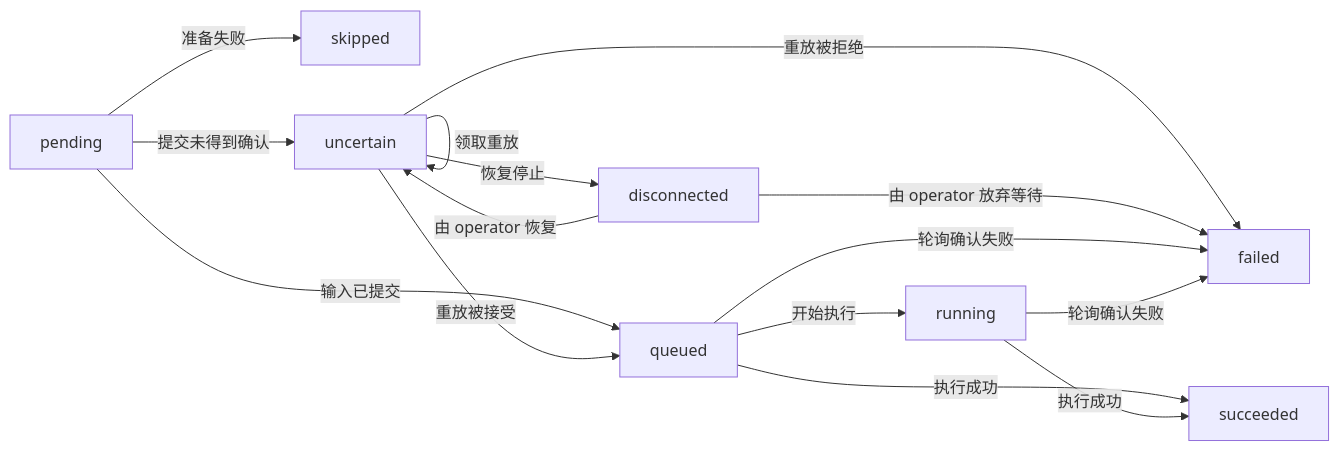
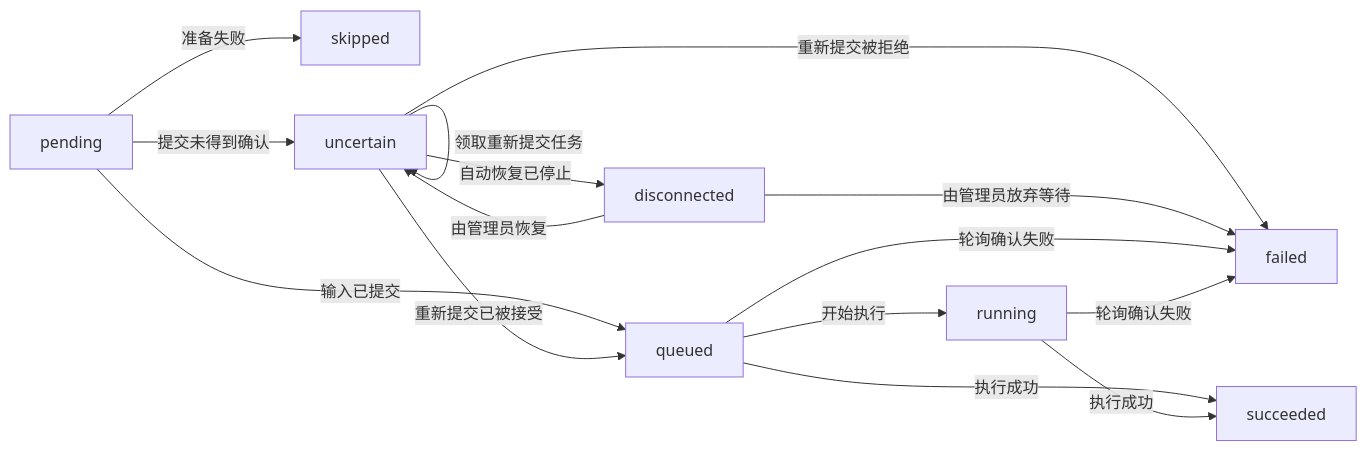
The second of 4 diagrams in contracts/review-runs-api/v1/STATE_MACHINES.zh.md (Agent-AI-Chalmers/sec-review-bot), drawn with Mermaid before and after one commit. The commit also changed other lines of this file and 16 other files, not shown here.

````diff
--- a/contracts/review-runs-api/v1/STATE_MACHINES.zh.md
+++ b/contracts/review-runs-api/v1/STATE_MACHINES.zh.md
@@ -61,25 +61,25 @@
 ```mermaid
 flowchart LR
   execution_pending["pending"]
   execution_queued["queued"]
   execution_running["running"]
   execution_succeeded["succeeded"]
   execution_skipped["skipped"]
   execution_uncertain["uncertain"]
   execution_disconnected["disconnected"]
   execution_failed["failed"]
   execution_pending -->|"输入已提交"| execution_queued
   execution_pending -->|"准备失败"| execution_skipped
   execution_pending -->|"提交未得到确认"| execution_uncertain
-  execution_uncertain -->|"领取重放"| execution_uncertain
-  execution_uncertain -->|"重放被接受"| execution_queued
-  execution_uncertain -->|"重放被拒绝"| execution_failed
-  execution_uncertain -->|"恢复停止"| execution_disconnected
-  execution_disconnected -->|"由 operator 恢复"| execution_uncertain
-  execution_disconnected -->|"由 operator 放弃等待"| execution_failed
+  execution_uncertain -->|"领取重新提交任务"| execution_uncertain
+  execution_uncertain -->|"重新提交已被接受"| execution_queued
+  execution_uncertain -->|"重新提交被拒绝"| execution_failed
+  execution_uncertain -->|"自动恢复已停止"| execution_disconnected
+  execution_disconnected -->|"由管理员恢复"| execution_uncertain
+  execution_disconnected -->|"由管理员放弃等待"| execution_failed
   execution_queued -->|"开始执行"| execution_running
   execution_queued -->|"执行成功"| execution_succeeded
   execution_running -->|"执行成功"| execution_succeeded
   execution_queued -->|"轮询确认失败"| execution_failed
   execution_running -->|"轮询确认失败"| execution_failed
 ```
````
